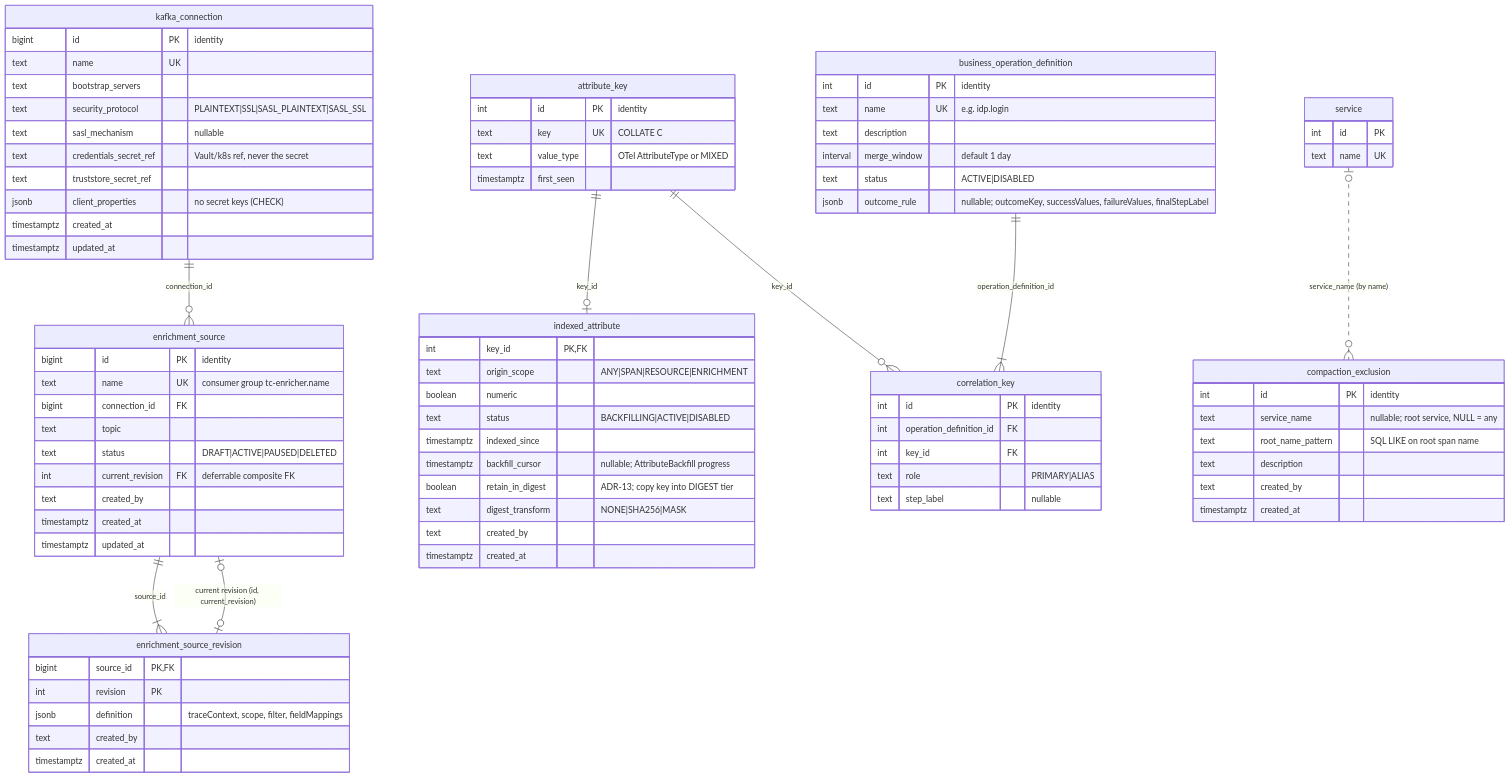
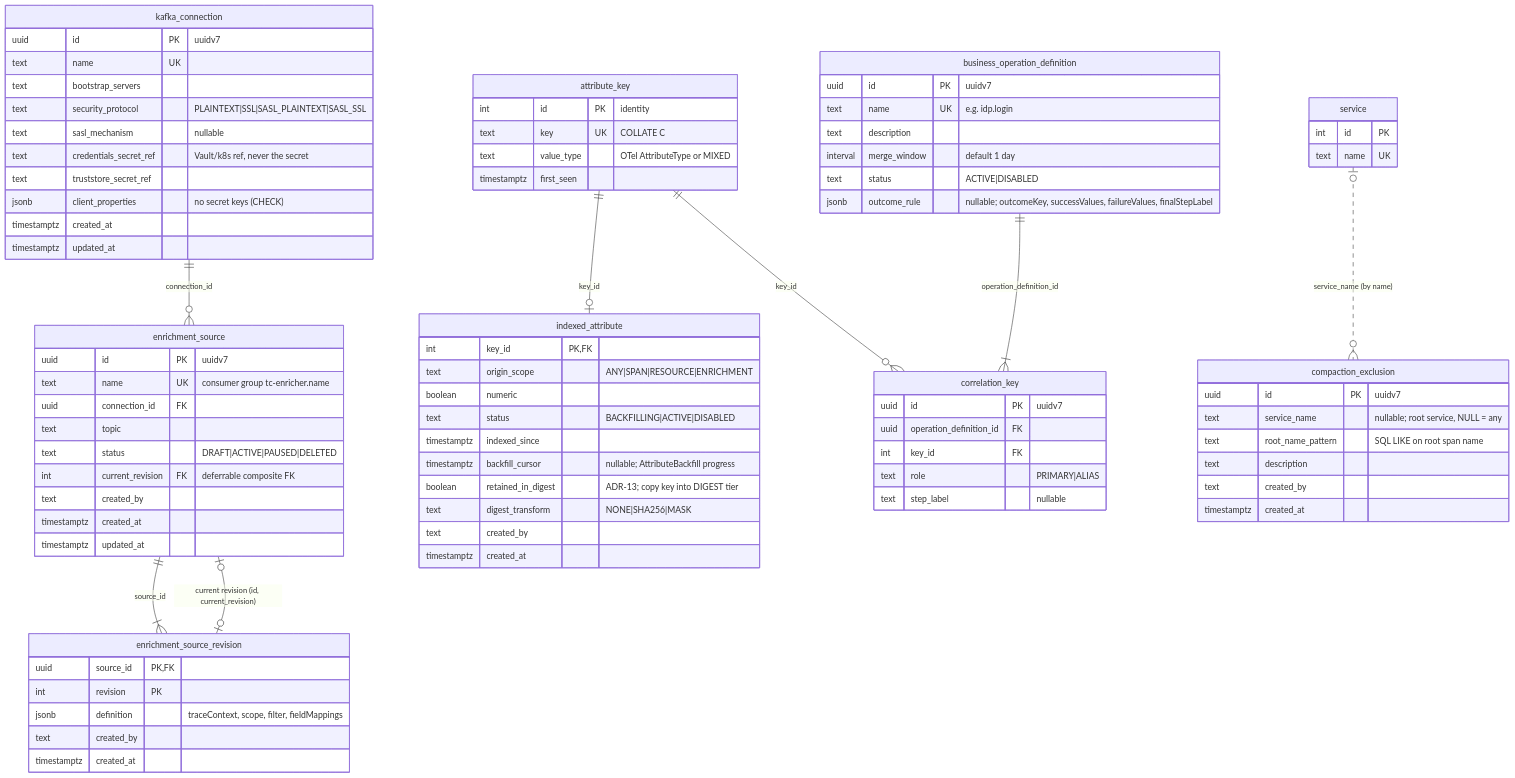
The first of 7 diagrams in agent/08-er-diagrams.md (aasmc/tracing-system), drawn with Mermaid before and after one commit. The commit also changed other lines of this file and 50 other files, not shown here.

First line of the commit message:
Phase 2 slices 2d-1 and 2d-2a: schema, grants, UUID config ids, dictionaries

```diff
--- a/agent/08-er-diagrams.md
+++ b/agent/08-er-diagrams.md
@@ -39,7 +39,7 @@
     service |o..o{ compaction_exclusion : "service_name (by name)"
 
     kafka_connection {
-        bigint id PK "identity"
+        uuid id PK "uuidv7"
         text name UK
         text bootstrap_servers
         text security_protocol "PLAINTEXT|SSL|SASL_PLAINTEXT|SASL_SSL"
@@ -51,9 +51,9 @@
         timestamptz updated_at
     }
     enrichment_source {
-        bigint id PK "identity"
+        uuid id PK "uuidv7"
         text name UK "consumer group tc-enricher.name"
-        bigint connection_id FK
+        uuid connection_id FK
         text topic
         text status "DRAFT|ACTIVE|PAUSED|DELETED"
         int current_revision FK "deferrable composite FK"
@@ -62,7 +62,7 @@
         timestamptz updated_at
     }
     enrichment_source_revision {
-        bigint source_id PK, FK
+        uuid source_id PK, FK
         int revision PK
         jsonb definition "traceContext, scope, filter, fieldMappings"
         text created_by
@@ -81,13 +81,13 @@
         text status "BACKFILLING|ACTIVE|DISABLED"
         timestamptz indexed_since
         timestamptz backfill_cursor "nullable; AttributeBackfill progress"
-        boolean retain_in_digest "ADR-13; copy key into DIGEST tier"
+        boolean retained_in_digest "ADR-13; copy key into DIGEST tier"
         text digest_transform "NONE|SHA256|MASK"
         text created_by
         timestamptz created_at
     }
     business_operation_definition {
-        int id PK "identity"
+        uuid id PK "uuidv7"
         text name UK "e.g. idp.login"
         text description
         interval merge_window "default 1 day"
@@ -95,7 +95,7 @@
         jsonb outcome_rule "nullable; outcomeKey, successValues, failureValues, finalStepLabel"
     }
     compaction_exclusion {
-        int id PK "identity"
+        uuid id PK "uuidv7"
         text service_name "nullable; root service, NULL = any"
         text root_name_pattern "SQL LIKE on root span name"
         text description
@@ -107,8 +107,8 @@
         text name UK
     }
     correlation_key {
-        int id PK "identity"
-        int operation_definition_id FK
+        uuid id PK "uuidv7"
+        uuid operation_definition_id FK
         int key_id FK
         text role "PRIMARY|ALIAS"
         text step_label "nullable"
```
